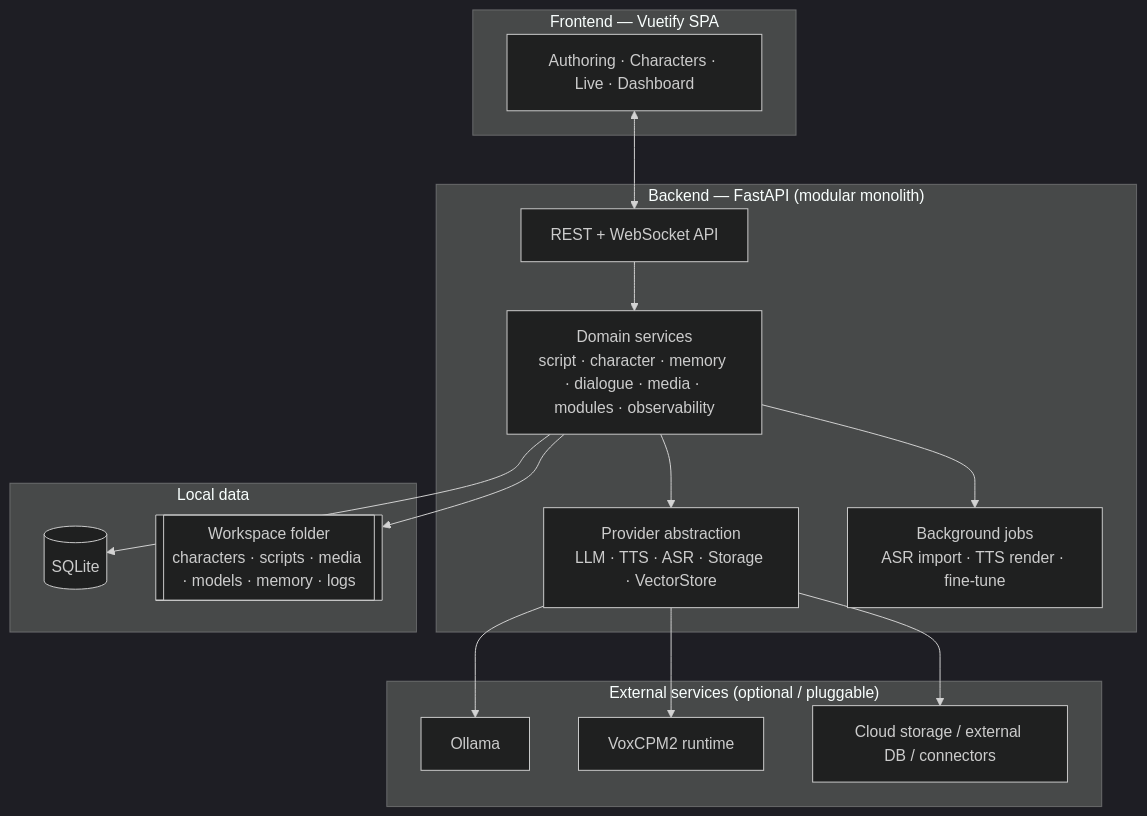
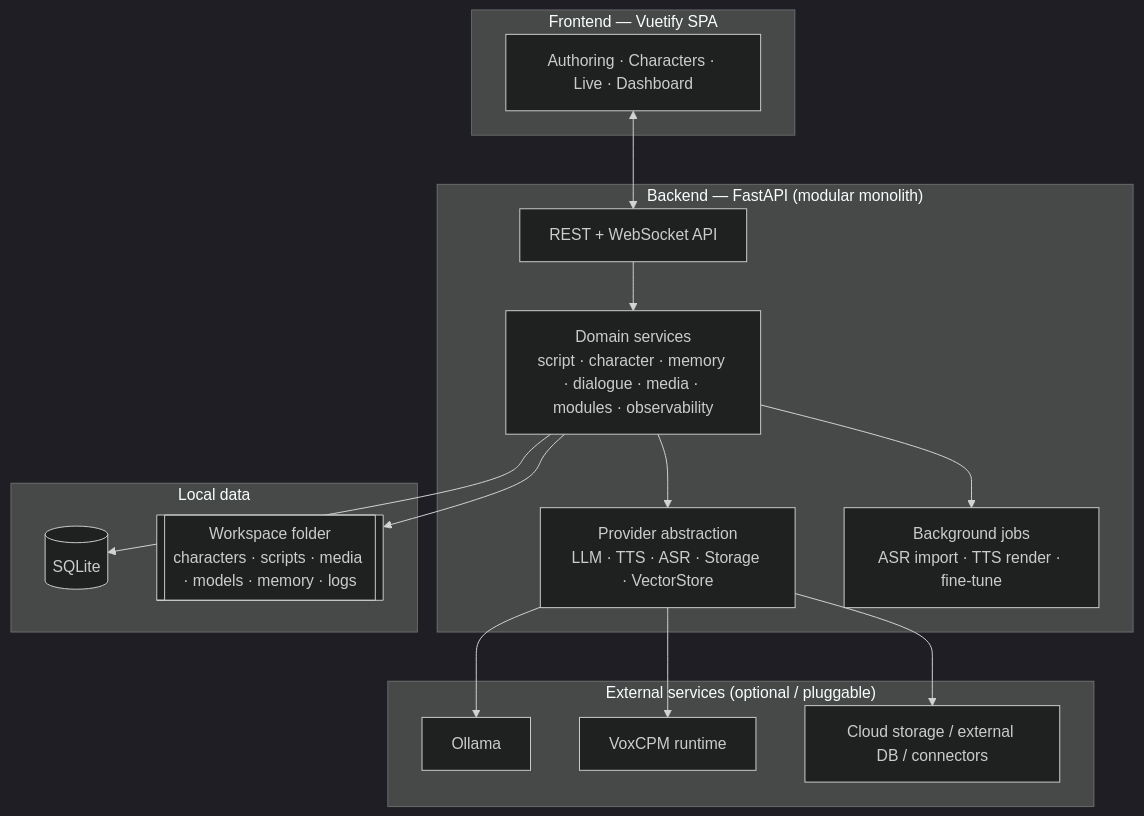
Before and after one commit to Nagino-Reina/NagiFlow: the diagram in docs/README.md, drawn with Mermaid (dark theme). The commit also changed other lines of this file and 16 other files, not shown here.

````diff
--- a/docs/README.md
+++ b/docs/README.md
@@ -61,30 +62,30 @@
 ```mermaid
 flowchart TB
     subgraph Client["Frontend — Vuetify SPA"]
         UI[Authoring · Characters · Live · Dashboard]
     end
     subgraph Backend["Backend — FastAPI (modular monolith)"]
         API[REST + WebSocket API]
         SVC[Domain services\nscript · character · memory · dialogue · media · modules · observability]
         PROV[Provider abstraction\nLLM · TTS · ASR · Storage · VectorStore]
         JOBS[Background jobs\nASR import · TTS render · fine-tune]
     end
     subgraph Local["Local data"]
         DB[(SQLite)]
         WS[[Workspace folder\ncharacters · scripts · media · models · memory · logs]]
     end
     subgraph External["External services (optional / pluggable)"]
         OLL[Ollama]
-        TTS[VoxCPM2 runtime]
+        TTS[VoxCPM runtime]
         CLOUD[Cloud storage / external DB / connectors]
     end
 
     UI <--> API
     API --> SVC --> PROV
     SVC --> JOBS
     SVC --> DB
     SVC --> WS
     PROV --> OLL
     PROV --> TTS
     PROV --> CLOUD
 ```
````
